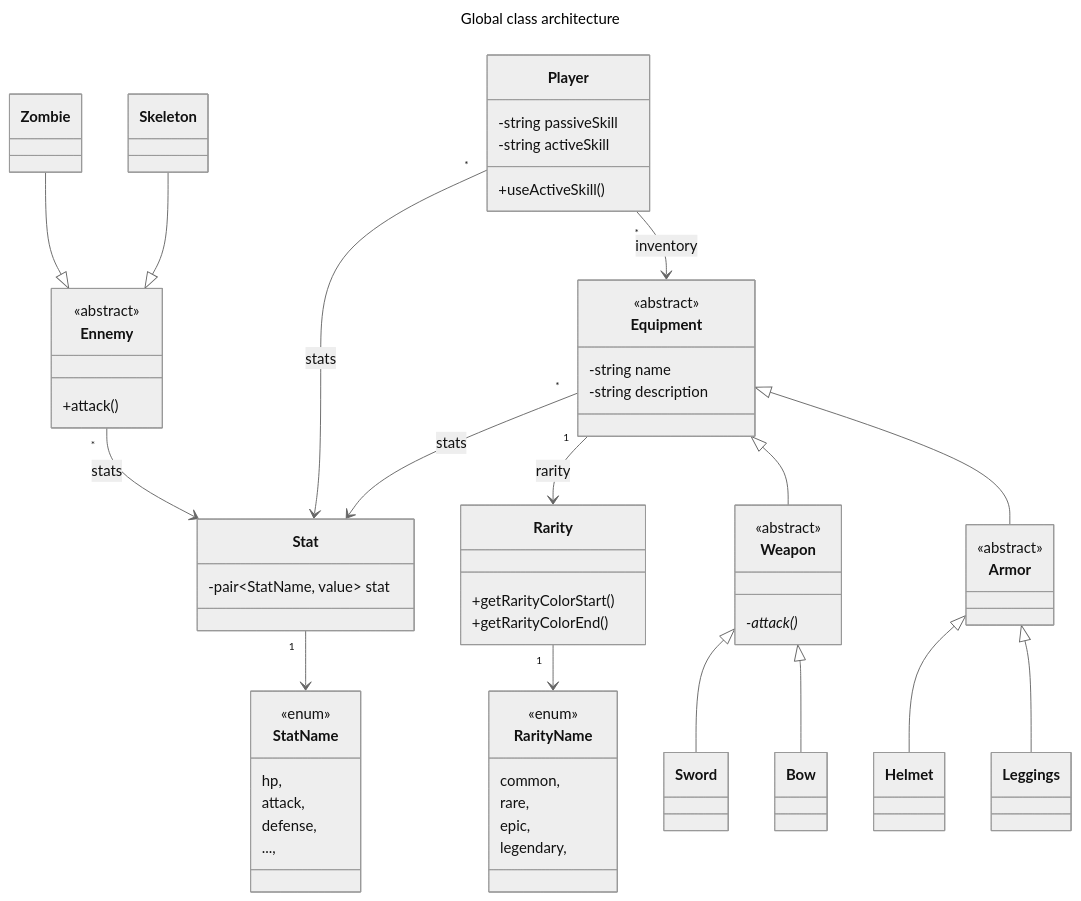
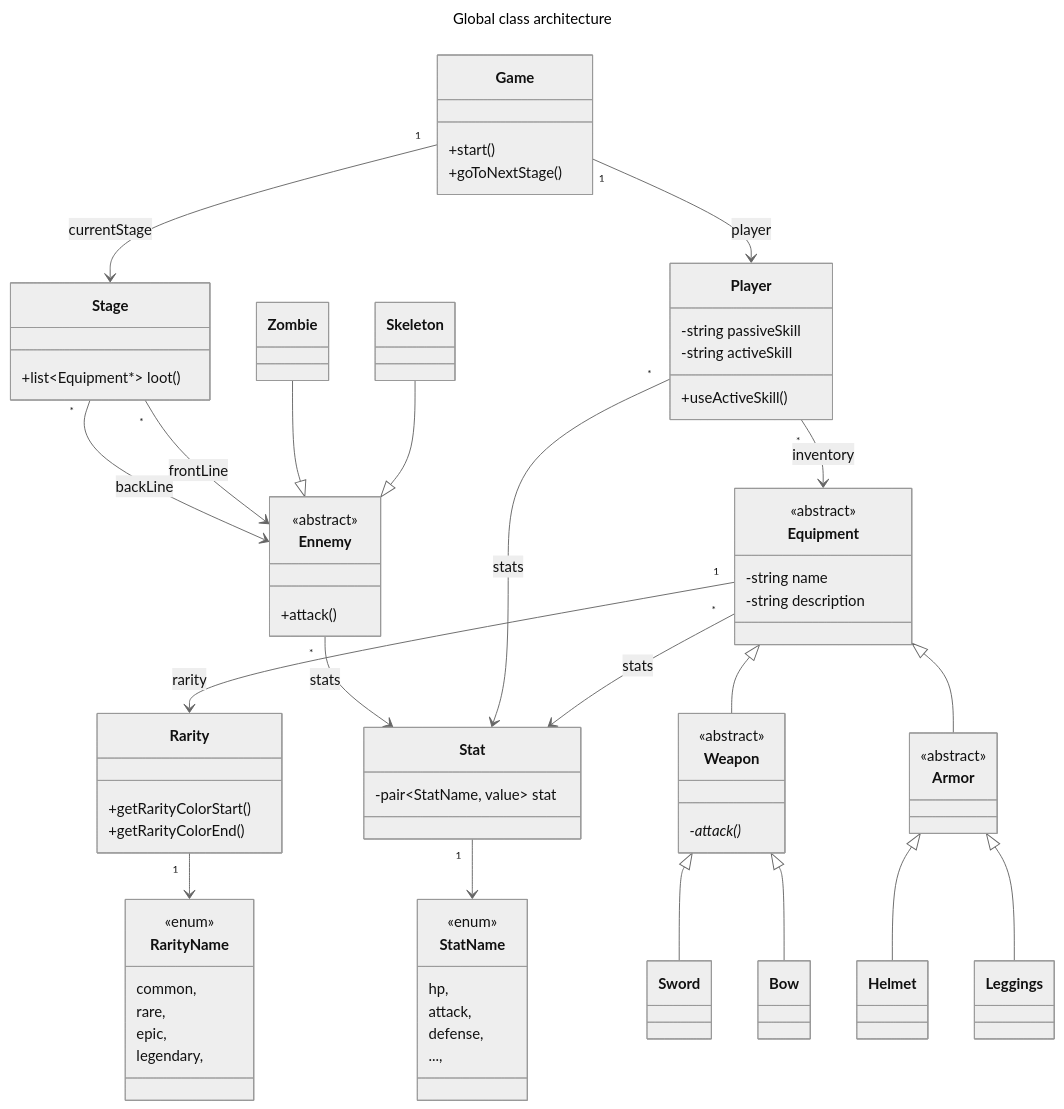
The diagram in diagrams/global_class_architecture.md (viastolfi/megaloot-cli), drawn with Mermaid (neutral theme) before and after one commit.

Commit message:
:memo: Improve global class architecture

```diff
--- a/diagrams/global_class_architecture.md
+++ b/diagrams/global_class_architecture.md
@@ -26,6 +26,19 @@
 
     Player "*" --> Equipment : inventory
 
+    Game "1" --> Player : player 
+    Game "1" --> Stage : currentStage
+    class Game {
+        +start()
+        +goToNextStage()
+    }
+
+    Stage "*" --> Ennemy : frontLine
+    Stage "*" --> Ennemy : backLine
+ 
+    class Stage {
+        +list~Equipment*~ loot() 
+    }
 
     class Ennemy{
         <<abstract>>
```
